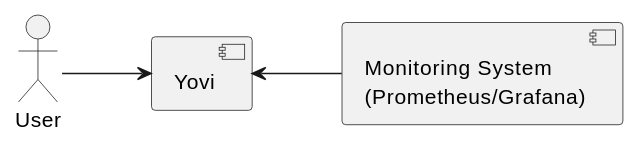
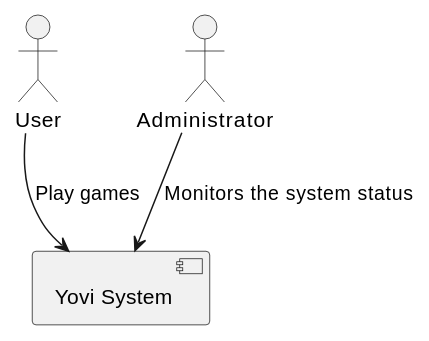
Before and after one commit to Arquisoft/yovi_es1a: the first of 2 diagrams in docs/src/03_context_and_scope.adoc, drawn with PlantUML. The commit also changed other lines of this file and 3 other files, not shown here.

```diff
--- a/docs/src/03_context_and_scope.adoc
+++ b/docs/src/03_context_and_scope.adoc
@@ -54,18 +54,15 @@
 [plantuml, business-context-diagram, png]
 ----
 @startuml
 skinparam componentStyle uml2
-skinparam backgroundColor white
 
-left to right direction
+actor "User" as player
+actor "Administrator" as admin
 
-actor "User" as user
-component "Yovi" as yovi
-component "Monitoring System\n(Prometheus/Grafana)" as monitor
+component  "Yovi System" as yovi
 
-user --> yovi
-
-yovi <-- monitor
+player --> yovi : Play games
+admin --> yovi : Monitors the system status
 
 @enduml
 ----
```
